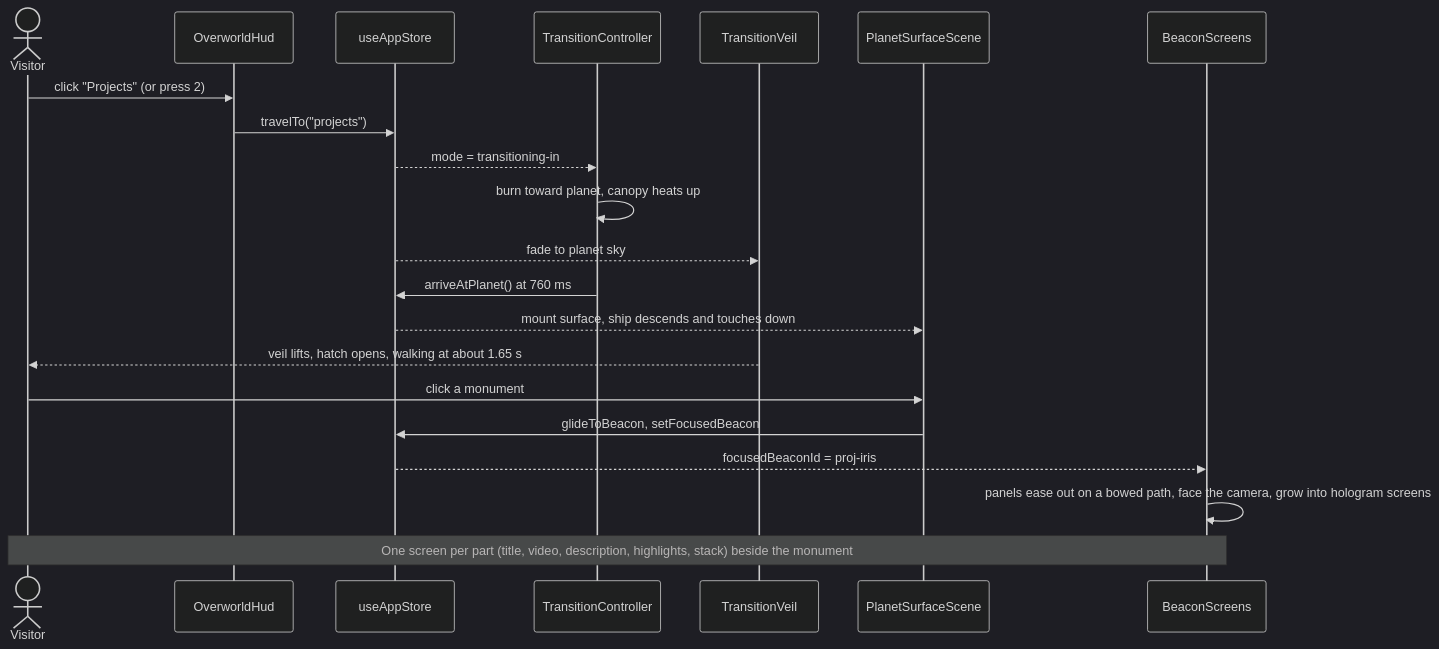
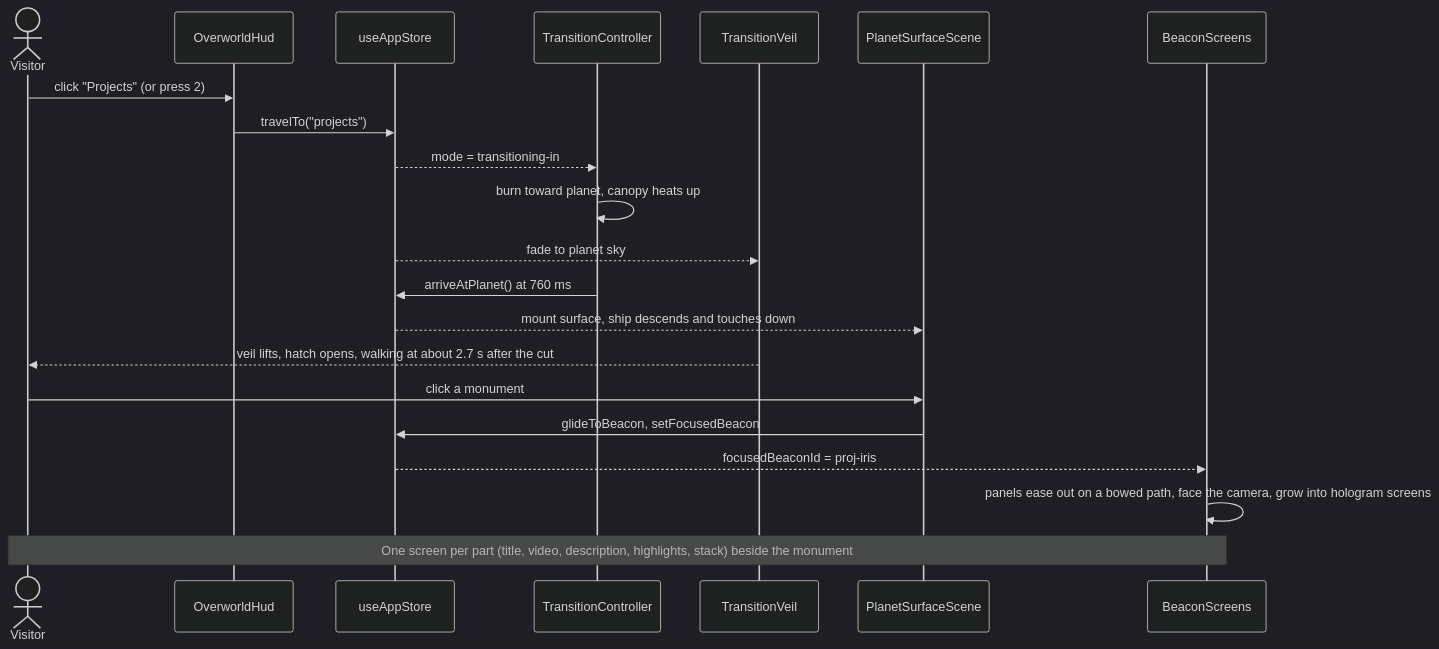
Before and after one commit to teddycitrus/portfolio: the second of 2 diagrams in README.md, drawn with Mermaid (dark theme). The commit also changed other lines of this file and 11 other files, not shown here.

````diff
--- a/README.md
+++ b/README.md
@@ -74,23 +74,23 @@
 ```mermaid
 sequenceDiagram
   actor V as Visitor
   participant H as OverworldHud
   participant S as useAppStore
   participant T as TransitionController
   participant W as TransitionVeil
   participant P as PlanetSurfaceScene
   participant B as BeaconScreens
   V->>H: click "Projects" (or press 2)
   H->>S: travelTo("projects")
   S-->>T: mode = transitioning-in
   T->>T: burn toward planet, canopy heats up
   S-->>W: fade to planet sky
   T->>S: arriveAtPlanet() at 760 ms
   S-->>P: mount surface, ship descends and touches down
-  W-->>V: veil lifts, hatch opens, walking at about 1.65 s
+  W-->>V: veil lifts, hatch opens, walking at about 2.7 s after the cut
   V->>P: click a monument
   P->>S: glideToBeacon, setFocusedBeacon
   S-->>B: focusedBeaconId = proj-iris
   B->>B: panels ease out on a bowed path, face the camera, grow into hologram screens
   Note over V,B: One screen per part (title, video, description, highlights, stack) beside the monument
 ```
````
